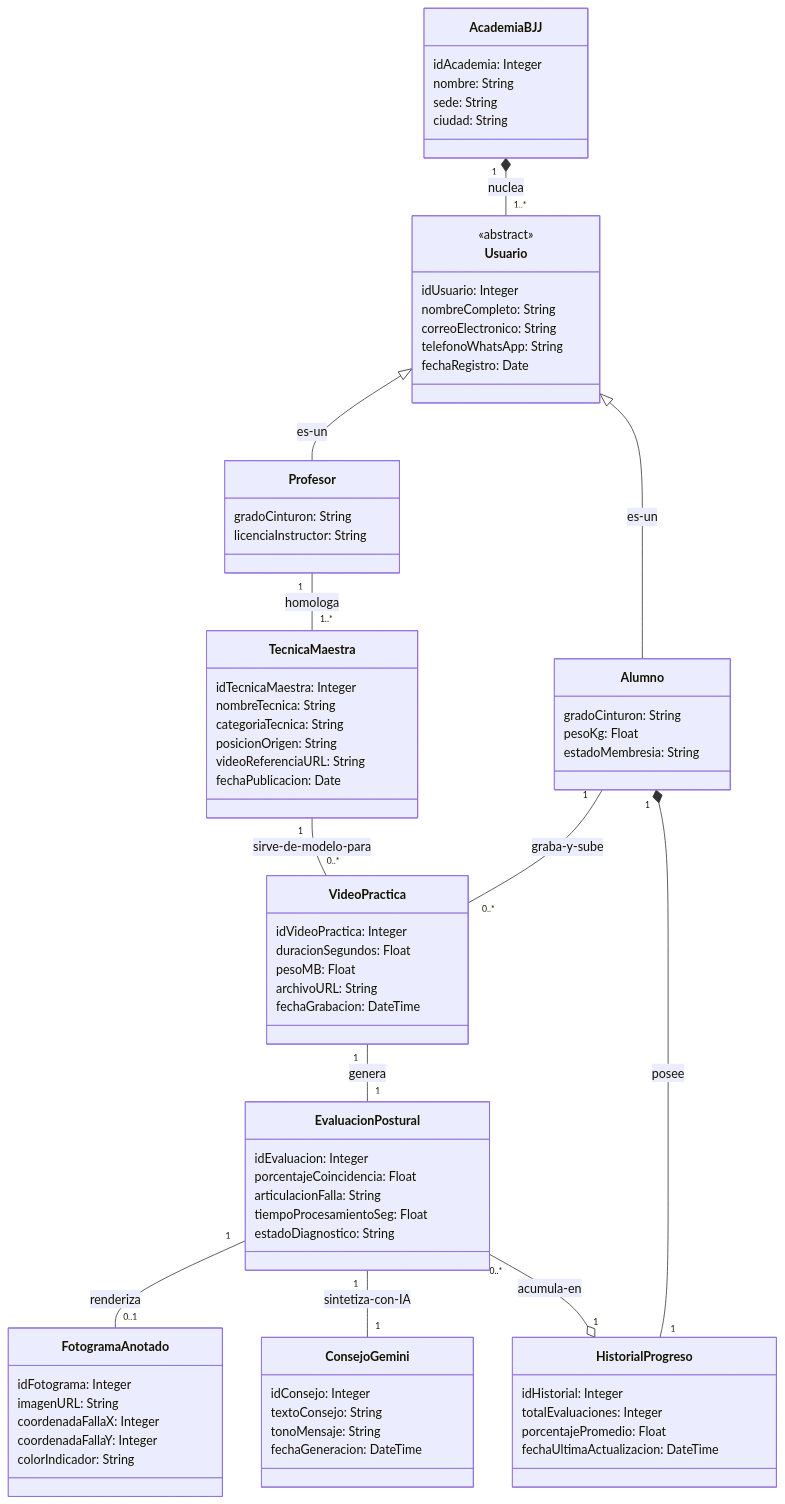
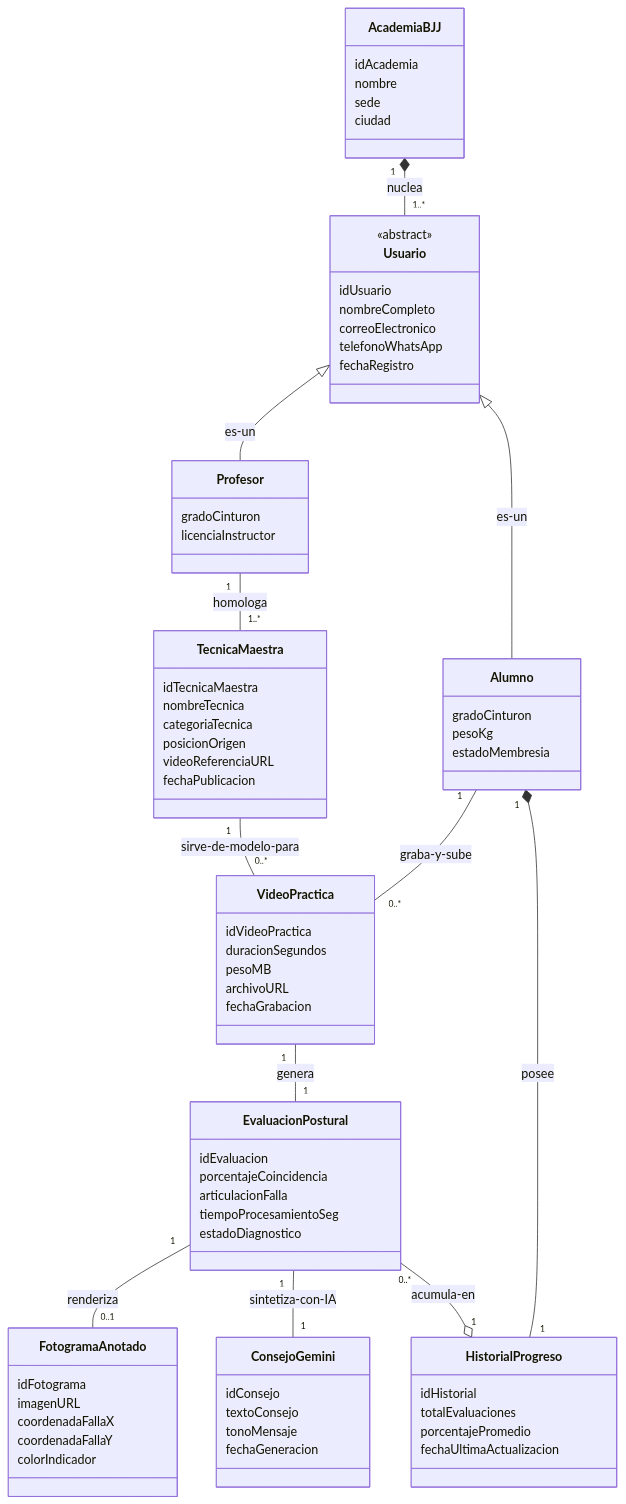
The sixth of 6 diagrams in README.md (Tsmrain/JiuJitsu), drawn with Mermaid before and after one commit. The commit also changed other lines of this file, not shown here.

Commit message:
docs: remove non-technical analogies from project README

````diff
--- a/README.md
+++ b/README.md
@@ -514,77 +486,77 @@
 ```mermaid
 classDiagram
     class AcademiaBJJ {
-        idAcademia: Integer
-        nombre: String
-        sede: String
-        ciudad: String
+        idAcademia
+        nombre
+        sede
+        ciudad
     }
 
     class Usuario {
         <<abstract>>
-        idUsuario: Integer
-        nombreCompleto: String
-        correoElectronico: String
-        telefonoWhatsApp: String
-        fechaRegistro: Date
+        idUsuario
+        nombreCompleto
+        correoElectronico
+        telefonoWhatsApp
+        fechaRegistro
     }
 
     class Profesor {
-        gradoCinturon: String
-        licenciaInstructor: String
+        gradoCinturon
+        licenciaInstructor
     }
 
     class Alumno {
-        gradoCinturon: String
-        pesoKg: Float
-        estadoMembresia: String
+        gradoCinturon
+        pesoKg
+        estadoMembresia
     }
 
     class TecnicaMaestra {
-        idTecnicaMaestra: Integer
-        nombreTecnica: String
-        categoriaTecnica: String
-        posicionOrigen: String
-        videoReferenciaURL: String
-        fechaPublicacion: Date
+        idTecnicaMaestra
+        nombreTecnica
+        categoriaTecnica
+        posicionOrigen
+        videoReferenciaURL
+        fechaPublicacion
     }
 
     class VideoPractica {
-        idVideoPractica: Integer
-        duracionSegundos: Float
-        pesoMB: Float
-        archivoURL: String
-        fechaGrabacion: DateTime
+        idVideoPractica
+        duracionSegundos
+        pesoMB
+        archivoURL
+        fechaGrabacion
     }
 
     class EvaluacionPostural {
-        idEvaluacion: Integer
-        porcentajeCoincidencia: Float
-        articulacionFalla: String
-        tiempoProcesamientoSeg: Float
-        estadoDiagnostico: String
+        idEvaluacion
+        porcentajeCoincidencia
+        articulacionFalla
+        tiempoProcesamientoSeg
+        estadoDiagnostico
     }
 
     class FotogramaAnotado {
-        idFotograma: Integer
-        imagenURL: String
-        coordenadaFallaX: Integer
-        coordenadaFallaY: Integer
-        colorIndicador: String
+        idFotograma
+        imagenURL
+        coordenadaFallaX
+        coordenadaFallaY
+        colorIndicador
     }
 
     class ConsejoGemini {
-        idConsejo: Integer
-        textoConsejo: String
-        tonoMensaje: String
-        fechaGeneracion: DateTime
+        idConsejo
+        textoConsejo
+        tonoMensaje
+        fechaGeneracion
     }
 
     class HistorialProgreso {
-        idHistorial: Integer
-        totalEvaluaciones: Integer
-        porcentajePromedio: Float
-        fechaUltimaActualizacion: DateTime
+        idHistorial
+        totalEvaluaciones
+        porcentajePromedio
+        fechaUltimaActualizacion
     }
 
     AcademiaBJJ "1" *-- "1..*" Usuario : nuclea
````
